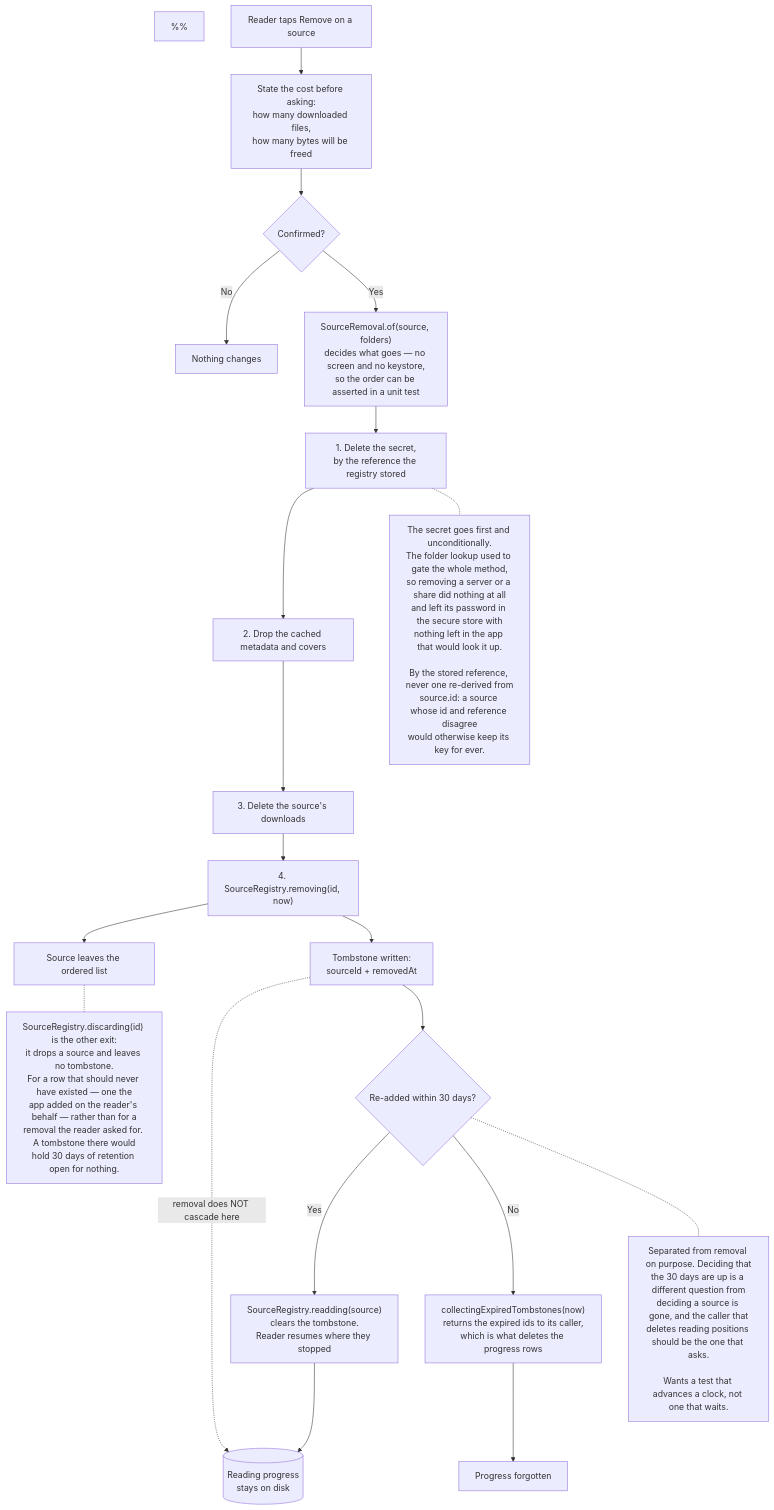
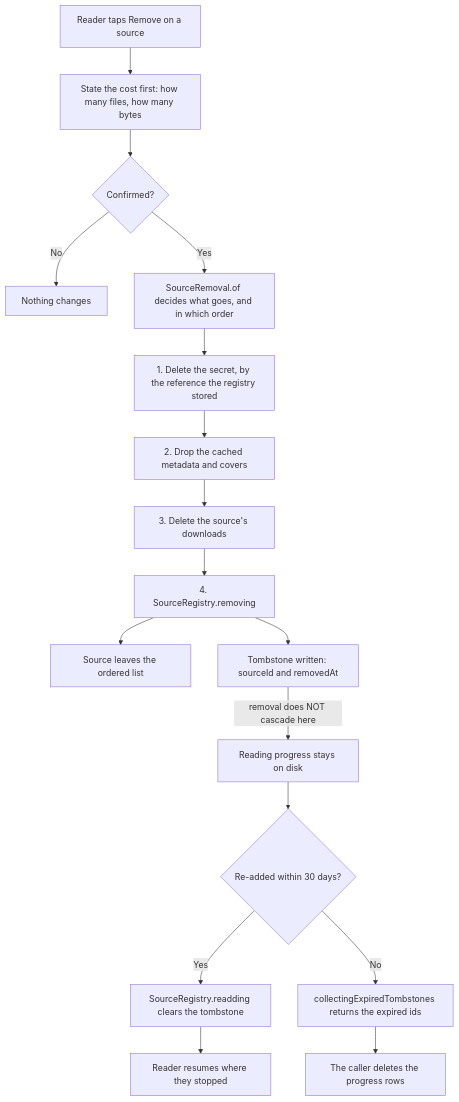
The diagram in docs/drawings/source-removal-and-progress-retention.mmd (me-cedric/StoryArc), drawn with Mermaid before and after one commit. The commit also changed 5 other files, not shown here.

```diff
--- a/docs/drawings/source-removal-and-progress-retention.mmd
+++ b/docs/drawings/source-removal-and-progress-retention.mmd
@@ -1,57 +1,38 @@
 flowchart TD
-%% Source removal and the 30-day progress retention
-%%
-%% What removing a source takes with it, what it deliberately leaves behind, and when the
-%% leftovers are collected. Board for the `source-lifecycle` change, requirement 1
-%% (Source registry), scenario "Removing a source".
-%%
-%% Read from:
-%%   apps/android/core/model/.../SourceRegistry.kt  removing, readding, discarding,
-%%                                                  collectingExpiredTombstones, SourceTombstone
-%%   apps/android/feature/library/.../SourceRemoval.kt
-%%
-%% The proposal calls the retention "the hard part", and it is: removal must not cascade to
-%% the progress store, so progress rows outlive the source they belong to and something
-%% else has to decide when they may go. Losing a reading position is the one thing
-%% ADR-0006 says the app must never do by accident.
     tap["Reader taps Remove on a source"]
-    cost["State the cost before asking:<br/>how many downloaded files,<br/>how many bytes will be freed"]
+    cost["State the cost first: how many files, how many bytes"]
     confirm{"Confirmed?"}
     nothing["Nothing changes"]
-    plan["SourceRemoval.of(source, folders)<br/>decides what goes — no screen and no keystore,<br/>so the order can be asserted in a unit test"]
+    plan["SourceRemoval.of decides what goes, and in which order"]
 
-    secret["1. Delete the secret,<br/>by the reference the registry stored"]
+    secret["1. Delete the secret, by the reference the registry stored"]
     cache["2. Drop the cached metadata and covers"]
     downloads["3. Delete the source's downloads"]
-    registry["4. SourceRegistry.removing(id, now)"]
+    registry["4. SourceRegistry.removing"]
 
     gone["Source leaves the ordered list"]
-    stone["Tombstone written:<br/>sourceId + removedAt"]
-    progress[("Reading progress<br/>stays on disk")]
+    stone["Tombstone written: sourceId and removedAt"]
+    progress["Reading progress stays on disk"]
 
     clock{"Re-added within 30 days?"}
-    restore["SourceRegistry.readding(source)<br/>clears the tombstone.<br/>Reader resumes where they stopped"]
-    collect["collectingExpiredTombstones(now)<br/>returns the expired ids to its caller,<br/>which is what deletes the progress rows"]
-    forget["Progress forgotten"]
+    restore["SourceRegistry.readding clears the tombstone"]
+    resume["Reader resumes where they stopped"]
+    collect["collectingExpiredTombstones returns the expired ids"]
+    forget["The caller deletes the progress rows"]
 
-    tap --> cost --> confirm
+    tap --> cost
+    cost --> confirm
     confirm -->|No| nothing
     confirm -->|Yes| plan
-    plan --> secret --> cache --> downloads --> registry
+    plan --> secret
+    secret --> cache
+    cache --> downloads
+    downloads --> registry
     registry --> gone
     registry --> stone
-    stone -.->|"removal does NOT cascade here"| progress
-    stone --> clock
+    stone -->|"removal does NOT cascade here"| progress
+    progress --> clock
     clock -->|Yes| restore
+    restore --> resume
     clock -->|No| collect
-    restore --> progress
     collect --> forget
-
-    secretWhy["The secret goes first and unconditionally.<br/>The folder lookup used to gate the whole method,<br/>so removing a server or a share did nothing at all<br/>and left its password in the secure store with<br/>nothing left in the app that would look it up.<br/><br/>By the stored reference, never one re-derived from<br/>source.id: a source whose id and reference disagree<br/>would otherwise keep its key for ever."]
-    secret -.- secretWhy
-
-    splitWhy["Separated from removal on purpose. Deciding that<br/>the 30 days are up is a different question from<br/>deciding a source is gone, and the caller that<br/>deletes reading positions should be the one that asks.<br/><br/>Wants a test that advances a clock, not one that waits."]
-    clock -.- splitWhy
-
-    discardWhy["SourceRegistry.discarding(id) is the other exit:<br/>it drops a source and leaves no tombstone.<br/>For a row that should never have existed — one the<br/>app added on the reader's behalf — rather than for a<br/>removal the reader asked for. A tombstone there would<br/>hold 30 days of retention open for nothing."]
-    gone -.- discardWhy
```
